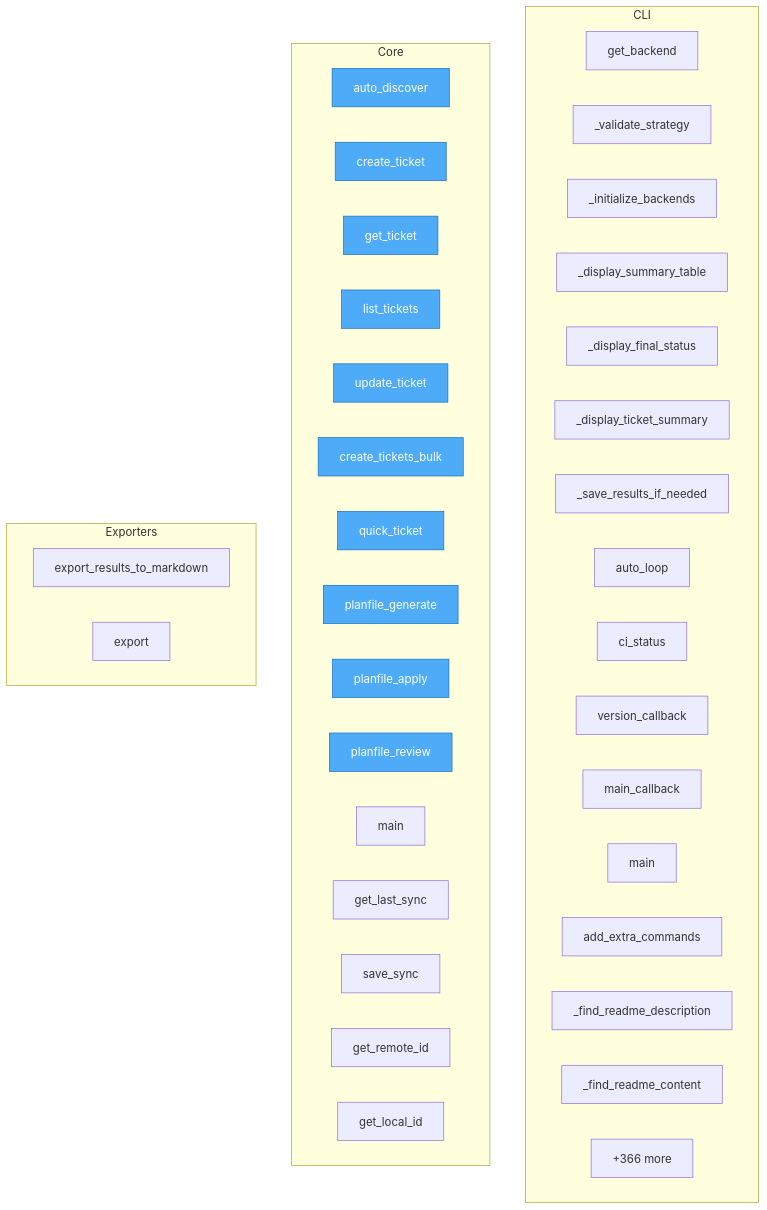
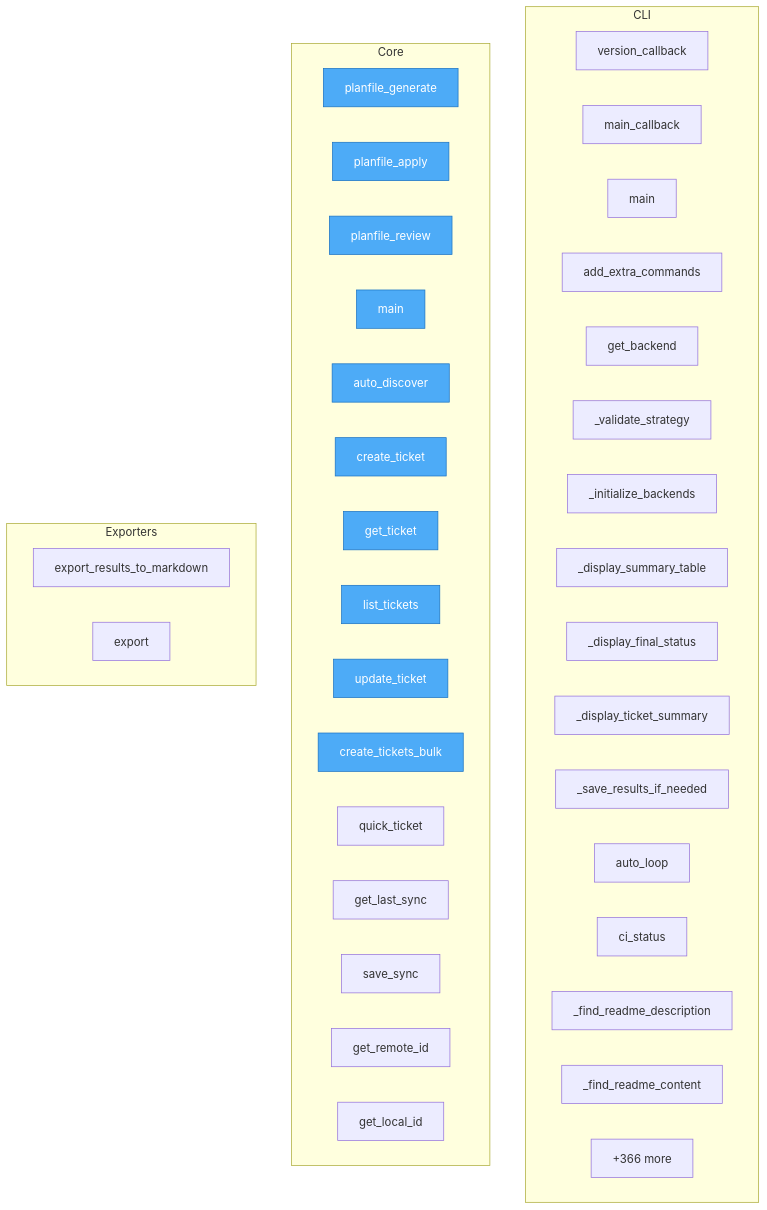
One commit to semcod/planfile changed the diagram in project/flow.mmd. Above: the diagram before and after it, drawn with Mermaid. The commit also changed 16 other files, not shown here.

```diff
--- a/project/flow.mmd
+++ b/project/flow.mmd
@@ -1,49 +1,49 @@
 flowchart TD
 
     %% Entry points (blue)
     classDef entry fill:#4dabf7,stroke:#1971c2,color:#fff
 
     subgraph CLI
+        planfile__cli__commands__version_callback["version_callback"]
+        planfile__cli__commands__main_callback["main_callback"]
+        planfile__cli__commands__main["main"]
+        planfile__cli__extra_commands__add_extra_commands["add_extra_commands"]
         planfile__cli__auto_loop__get_backend["get_backend"]
         planfile__cli__auto_loop___validate_strategy["_validate_strategy"]
         planfile__cli__auto_loop___initialize_backends["_initialize_backends"]
         planfile__cli__auto_loop___display_summary_table["_display_summary_table"]
         planfile__cli__auto_loop___display_final_status["_display_final_status"]
         planfile__cli__auto_loop___display_ticket_summary["_display_ticket_summary"]
         planfile__cli__auto_loop___save_results_if_needed["_save_results_if_needed"]
         planfile__cli__auto_loop__auto_loop["auto_loop"]
         planfile__cli__auto_loop__ci_status["ci_status"]
-        planfile__cli__commands__version_callback["version_callback"]
-        planfile__cli__commands__main_callback["main_callback"]
-        planfile__cli__commands__main["main"]
-        planfile__cli__extra_commands__add_extra_commands["add_extra_commands"]
         planfile__cli__project_detector___find_readme_description["_find_readme_description"]
         planfile__cli__project_detector___find_readme_content["_find_readme_content"]
         ...["+57 more"]
     end
 
     subgraph Core
+        mcp_server_example__planfile_generate["planfile_generate"]
+        mcp_server_example__planfile_apply["planfile_apply"]
+        mcp_server_example__planfile_review["planfile_review"]
+        mcp_server_example__main["main"]
         planfile__Planfile__auto_discover["auto_discover"]
         planfile__Planfile__create_ticket["create_ticket"]
         planfile__Planfile__get_ticket["get_ticket"]
         planfile__Planfile__list_tickets["list_tickets"]
         planfile__Planfile__update_ticket["update_ticket"]
         planfile__Planfile__create_tickets_bulk["create_tickets_bulk"]
         planfile__quick_ticket["quick_ticket"]
-        mcp_server_example__planfile_generate["planfile_generate"]
-        mcp_server_example__planfile_apply["planfile_apply"]
-        mcp_server_example__planfile_review["planfile_review"]
-        mcp_server_example__main["main"]
         planfile__sync__state__SyncState__get_last_sync["get_last_sync"]
         planfile__sync__state__SyncState__save_sync["save_sync"]
         planfile__sync__state__SyncState__get_remote_id["get_remote_id"]
         planfile__sync__state__SyncState__get_local_id["get_local_id"]
         ...["+366 more"]
     end
 
     subgraph Exporters
         planfile__loaders__cli_loader__export_results_to_markdown["export_results_to_markdown"]
         planfile__core__models__Strategy__export["export"]
     end
 
-    class planfile__Planfile__auto_discover,planfile__Planfile__create_ticket,planfile__Planfile__get_ticket,planfile__Planfile__list_tickets,planfile__Planfile__update_ticket,planfile__Planfile__create_tickets_bulk,planfile__quick_ticket,mcp_server_example__planfile_generate,mcp_server_example__planfile_apply,mcp_server_example__planfile_review entry
+    class mcp_server_example__planfile_generate,mcp_server_example__planfile_apply,mcp_server_example__planfile_review,mcp_server_example__main,planfile__Planfile__auto_discover,planfile__Planfile__create_ticket,planfile__Planfile__get_ticket,planfile__Planfile__list_tickets,planfile__Planfile__update_ticket,planfile__Planfile__create_tickets_bulk entry
```
